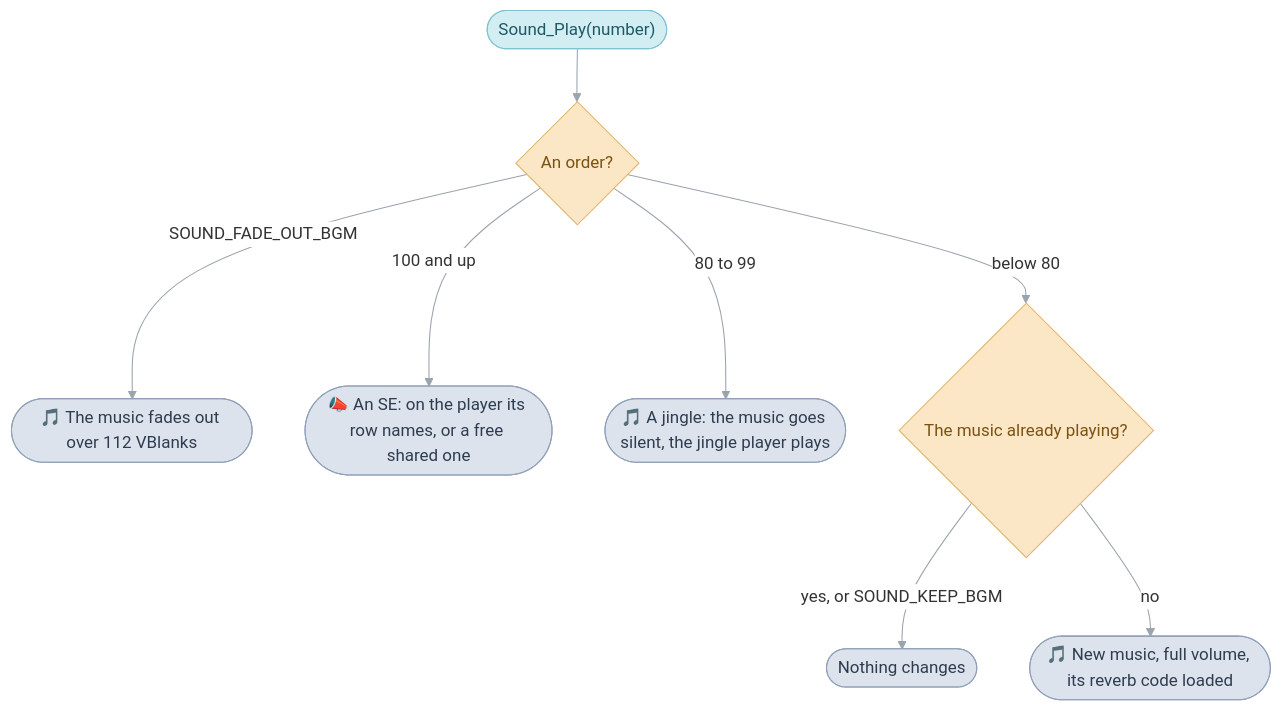
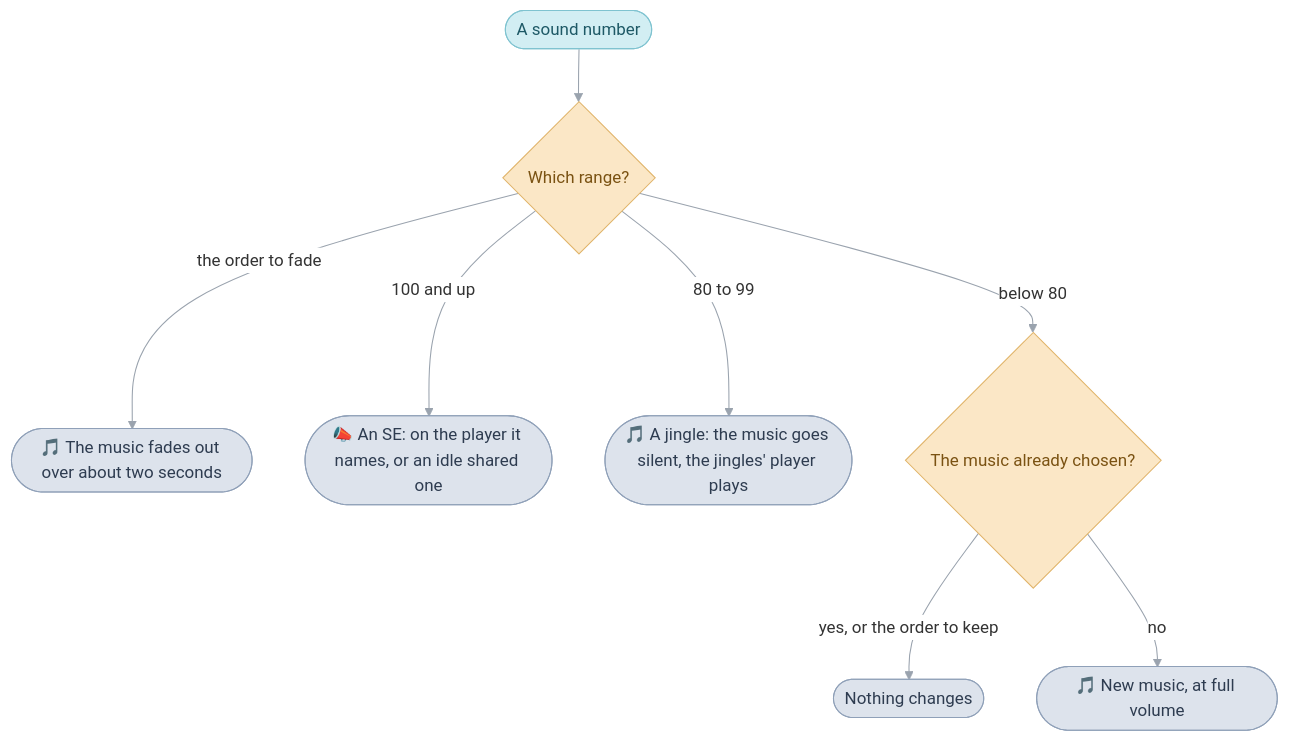
The second of 4 diagrams in games/tbs/src/sound/README.md (PascalPixel/alchemy), drawn with Mermaid before and after one commit. The commit also changed other lines of this file and 21 other files, not shown here.

````diff
--- a/games/tbs/src/sound/README.md
+++ b/games/tbs/src/sound/README.md
@@ -92,17 +97,17 @@
 ```mermaid
 %%{init: {"theme": "base", "themeVariables": {"lineColor": "#9AA3AE", "edgeLabelBackground": "#FFFFFF"}, "flowchart": {"curve": "basis", "padding": 12}}}%%
 flowchart TD
-  number(["Sound_Play(number)"]) --> order{"An order?"}
-  order -- "SOUND_FADE_OUT_BGM" --> fade(["🎵 The music fades out over 112 VBlanks"])
-  order -- "100 and up" --> se(["📣 An SE: on the player its row names, or a free shared one"])
-  order -- "80 to 99" --> jingle(["🎵 A jingle: the music goes silent, the jingle player plays"])
-  order -- "below 80" --> music{"The music already playing?"}
-  music -- "yes, or SOUND_KEEP_BGM" --> keep(["Nothing changes"])
-  music -- "no" --> start(["🎵 New music, full volume, its reverb code loaded"])
+  number(["A sound number"]) --> order{"Which range?"}
+  order -- "the order to fade" --> fade(["🎵 The music fades out over about two seconds"])
+  order -- "100 and up" --> se(["📣 An SE: on the player it names, or an idle shared one"])
+  order -- "80 to 99" --> jingle(["🎵 A jingle: the music goes silent, the jingles' player plays"])
+  order -- "below 80" --> music{"The music already chosen?"}
+  music -- "yes, or the order to keep" --> keep(["Nothing changes"])
+  music -- "no" --> start(["🎵 New music, at full volume"])
   classDef layer fill:#D2EEF3,stroke:#7FC3D0,color:#1E5966
   classDef check fill:#FBE7C6,stroke:#E0B46A,color:#7A5212
   classDef out fill:#DDE3EC,stroke:#8FA0B8,color:#2E3C50
   class number layer
   class order,music check
   class fade,se,jingle,keep,start out
 ```
````
